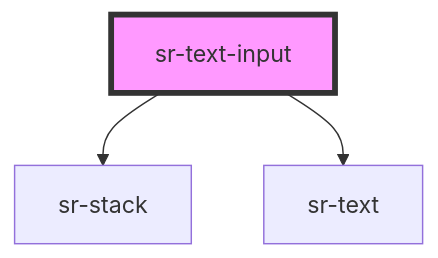
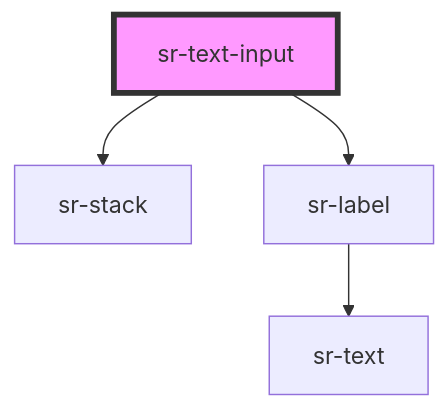
Before and after one commit to tonyblu331/spotify-replay-design-system: the diagram in src/components/form/sr-textinput/readme.md, drawn with Mermaid. The commit also changed other lines of this file and 16 other files, not shown here.

Commit message:
create label component, add helper text doc and create inputText

````diff
--- a/src/components/form/sr-textinput/readme.md
+++ b/src/components/form/sr-textinput/readme.md
@@ -35,6 +35,7 @@
 ```mermaid
 graph TD;
   sr-text-input --> sr-stack
-  sr-text-input --> sr-text
+  sr-text-input --> sr-label
+  sr-label --> sr-text
   style sr-text-input fill:#f9f,stroke:#333,stroke-width:4px
 ```
````
